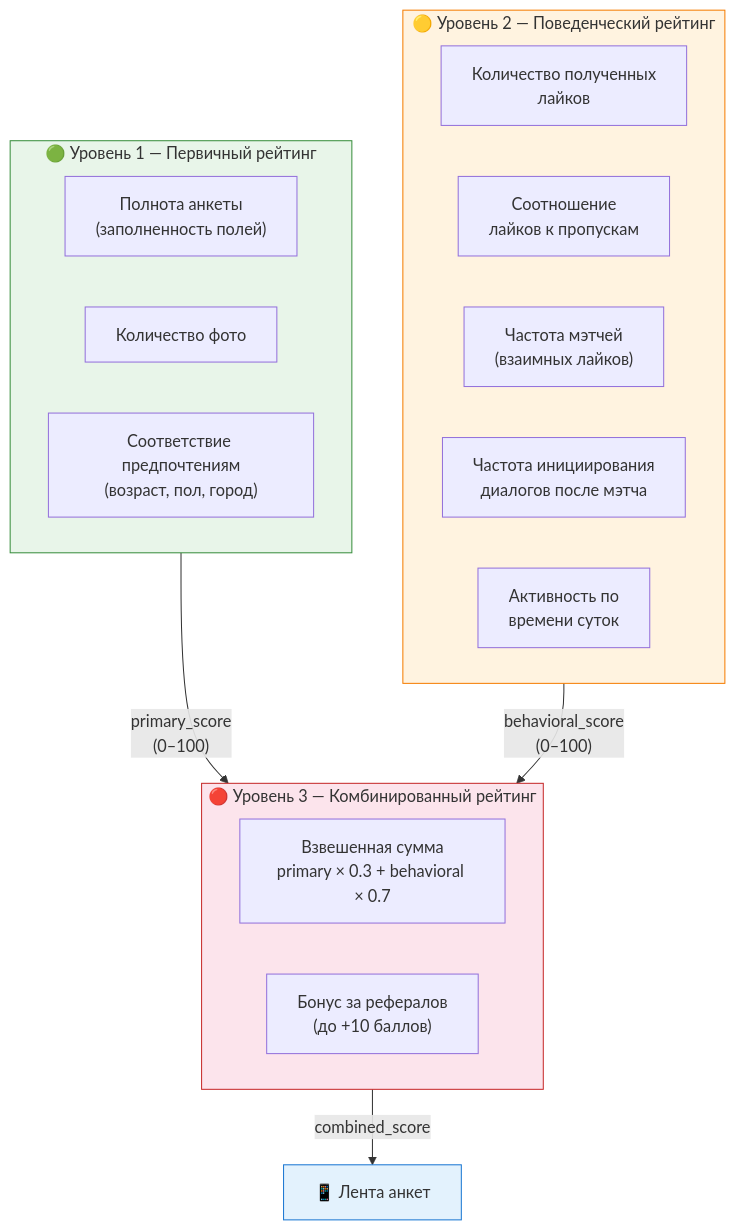
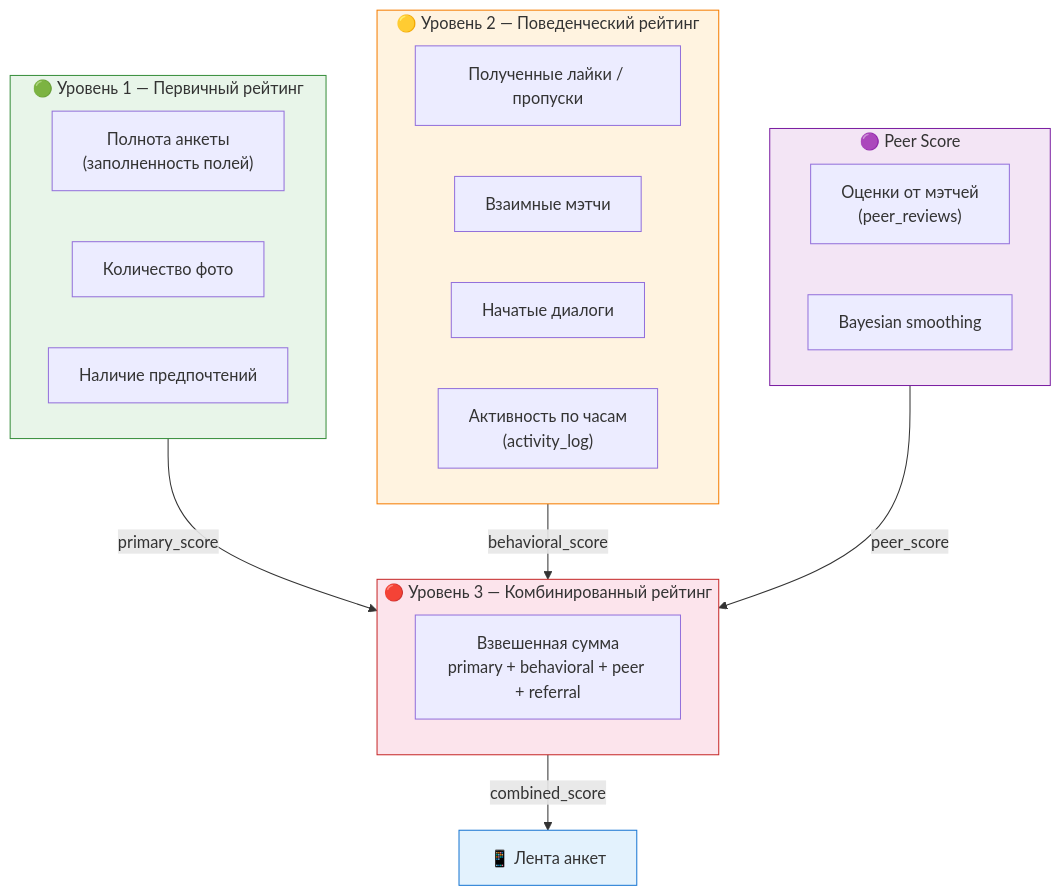
Before and after one commit to UsachovaUlyana/ulsu: the fourth of 8 diagrams in docs/services.md, drawn with Mermaid. The commit also changed other lines of this file and 184 other files, not shown here.

````diff
--- a/docs/services.md
+++ b/docs/services.md
@@ -136,30 +143,35 @@
 ```mermaid
 graph TB
     subgraph L1["🟢 Уровень 1 — Первичный рейтинг"]
         A1["Полнота анкеты<br/>(заполненность полей)"]
         A2["Количество фото"]
-        A3["Соответствие предпочтениям<br/>(возраст, пол, город)"]
+        A3["Наличие предпочтений"]
     end
 
     subgraph L2["🟡 Уровень 2 — Поведенческий рейтинг"]
-        B1["Количество полученных<br/>лайков"]
-        B2["Соотношение<br/>лайков к пропускам"]
-        B3["Частота мэтчей<br/>(взаимных лайков)"]
-        B4["Частота инициирования<br/>диалогов после мэтча"]
-        B5["Активность по<br/>времени суток"]
+        B1["Полученные лайки / пропуски"]
+        B2["Взаимные мэтчи"]
+        B3["Начатые диалоги"]
+        B4["Активность по часам<br/>(activity_log)"]
+    end
+
+    subgraph PEER["🟣 Peer Score"]
+        P1["Оценки от мэтчей<br/>(peer_reviews)"]
+        P2["Bayesian smoothing"]
     end
 
     subgraph L3["🔴 Уровень 3 — Комбинированный рейтинг"]
-        C1["Взвешенная сумма<br/>primary × 0.3 + behavioral × 0.7"]
-        C2["Бонус за рефералов<br/>(до +10 баллов)"]
+        C1["Взвешенная сумма<br/>primary + behavioral + peer + referral"]
     end
 
-    L1 -->|"primary_score<br/>(0–100)"| L3
-    L2 -->|"behavioral_score<br/>(0–100)"| L3
+    L1 -->|"primary_score"| L3
+    L2 -->|"behavioral_score"| L3
+    PEER -->|"peer_score"| L3
     L3 -->|"combined_score"| FEED["📱 Лента анкет"]
 
     style L1 fill:#e8f5e9,stroke:#388e3c
     style L2 fill:#fff3e0,stroke:#f57c00
+    style PEER fill:#f3e5f5,stroke:#7b1fa2
     style L3 fill:#fce4ec,stroke:#c62828
     style FEED fill:#e3f2fd,stroke:#1976d2
 ```
````
